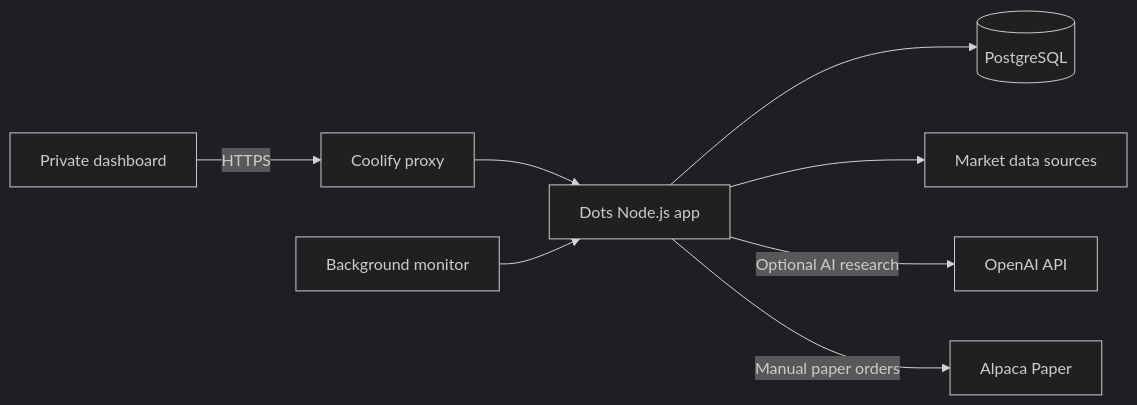
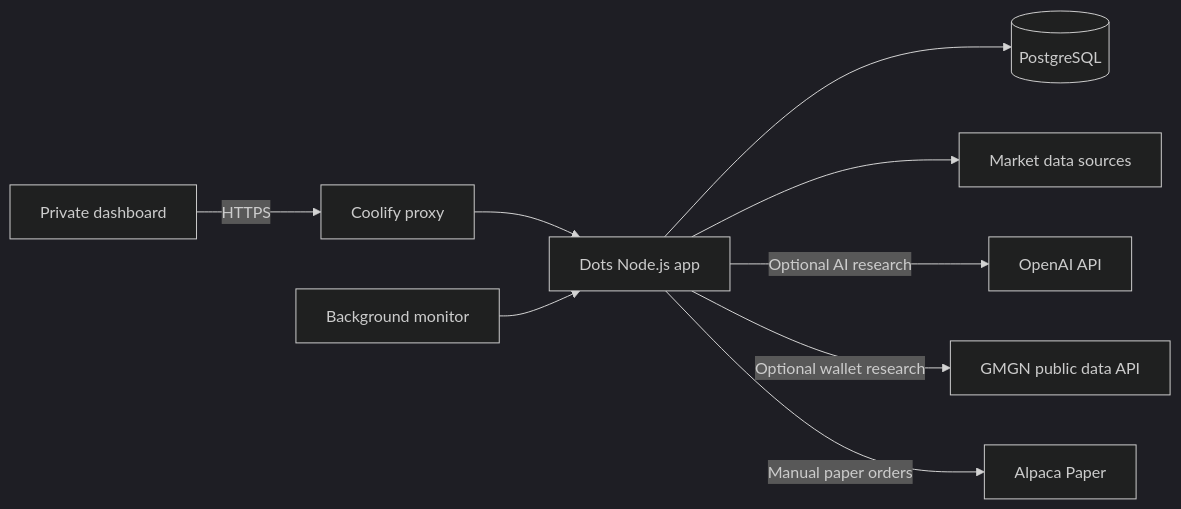
One commit to bennymalonee/tradedots changed the diagram in README.md. Above: the diagram before and after it, drawn with Mermaid (dark theme). The commit also changed other lines of this file and 13 other files, not shown here.

Commit message:
Add secure GMGN wallet research and connection setup

````diff
--- a/README.md
+++ b/README.md
@@ -35,10 +36,11 @@
 ```mermaid
 flowchart LR
     Browser[Private dashboard] -->|HTTPS| Proxy[Coolify proxy]
     Proxy --> App[Dots Node.js app]
     App --> DB[(PostgreSQL)]
     Monitor[Background monitor] --> App
     App --> Sources[Market data sources]
     App -->|Optional AI research| AI[OpenAI API]
+    App -->|Optional wallet research| Wallets[GMGN public data API]
     App -->|Manual paper orders| Broker[Alpaca Paper]
 ```
````
